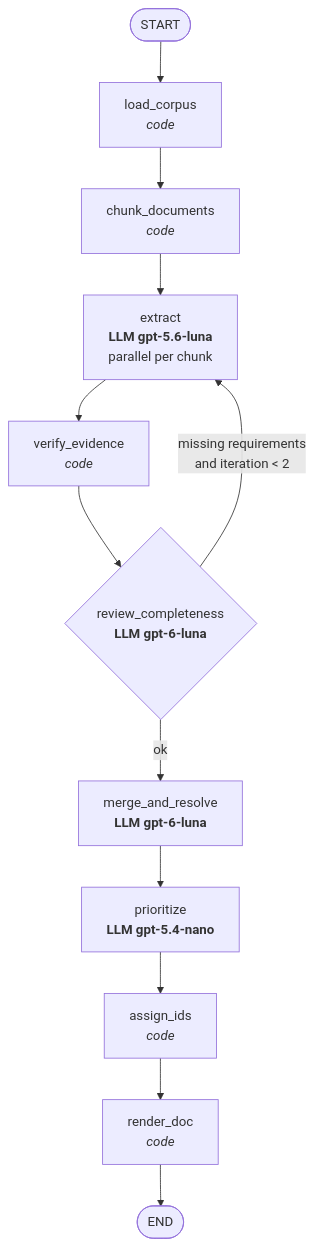
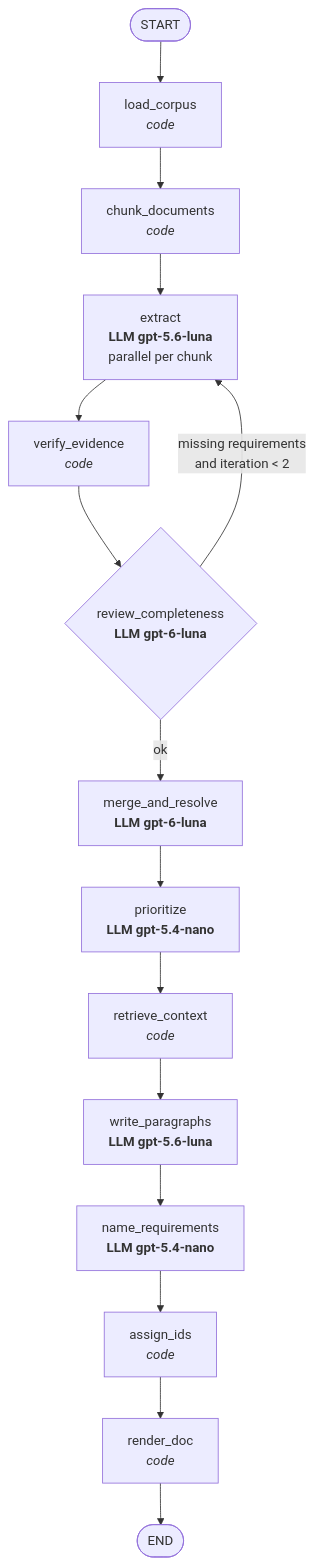
Before and after one commit to Michzru/AI4SE_Labs_2026: the diagram in Week_04_Requirements/Task_1/ARCHITECTURE.md, drawn with Mermaid. The commit also changed other lines of this file and 2 other files, not shown here.

Commit message:
Week 04 Task 1: update architecture and regenerate document with grounded paragraphs

````diff
--- a/Week_04_Requirements/Task_1/ARCHITECTURE.md
+++ b/Week_04_Requirements/Task_1/ARCHITECTURE.md
@@ -8,14 +8,17 @@
 ```mermaid
 flowchart TD
     START([START]) --> A[load_corpus<br/><i>code</i>]
     A --> B[chunk_documents<br/><i>code</i>]
     B --> C[extract<br/><b>LLM gpt-5.6-luna</b><br/>parallel per chunk]
     C --> D[verify_evidence<br/><i>code</i>]
     D --> E{review_completeness<br/><b>LLM gpt-6-luna</b>}
     E -- "missing requirements<br/>and iteration &lt; 2" --> C
     E -- ok --> F[merge_and_resolve<br/><b>LLM gpt-6-luna</b>]
     F --> G[prioritize<br/><b>LLM gpt-5.4-nano</b>]
-    G --> H[assign_ids<br/><i>code</i>]
+    G --> R[retrieve_context<br/><i>code</i>]
+    R --> P[write_paragraphs<br/><b>LLM gpt-5.6-luna</b>]
+    P --> N[name_requirements<br/><b>LLM gpt-5.4-nano</b>]
+    N --> H[assign_ids<br/><i>code</i>]
     H --> I[render_doc<br/><i>code</i>]
     I --> END([END])
 ```
````
